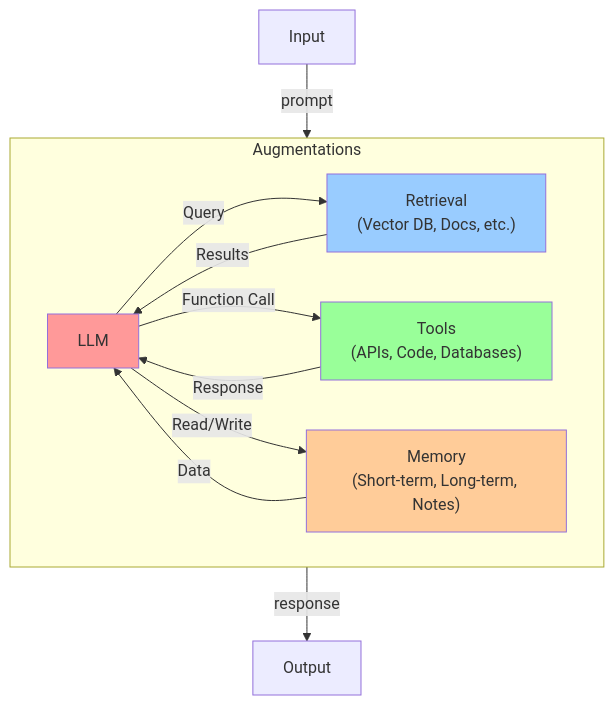
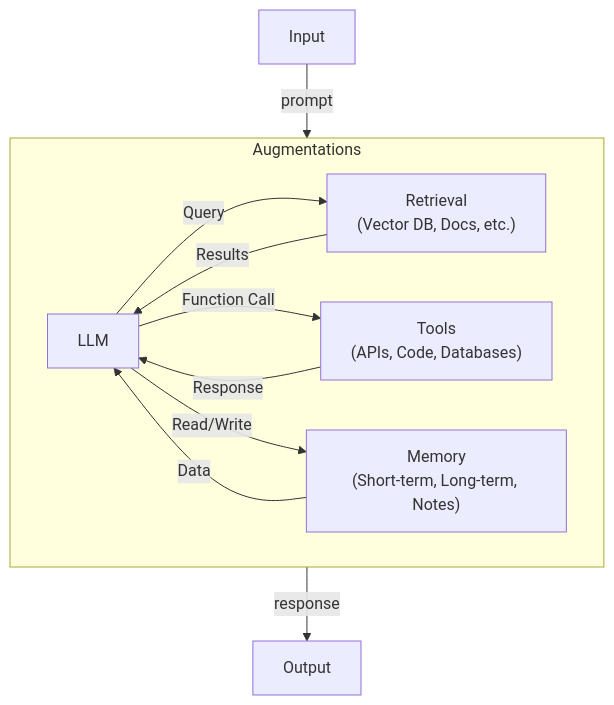
The second of 21 diagrams in building-effective-agents.md (machinedge/building-effective-agents), drawn with Mermaid before and after one commit. The commit also changed other lines of this file, not shown here.

Commit message:
removed fill colors in mermaid diagrams

````diff
--- a/building-effective-agents.md
+++ b/building-effective-agents.md
@@ -188,27 +182,22 @@
 ```mermaid
 graph
 direction TB
 	Input["Input"] -->|prompt| LLM["LLM"]
 	LLM -->|response| Output["Output"]
 	
 
 	subgraph Augmentations [Augmentations]
 	    direction LR
 	    Retrieval["Retrieval<br/>(Vector DB, Docs, etc.)"]
 	    Tools["Tools<br/>(APIs, Code, Databases)"]
 	    Memory["Memory<br/>(Short-term, Long-term, Notes)"]
     
 	    %% Internal Subgraph Connections
 	    Retrieval -->|Results| LLM
 	    LLM -->|Query| Retrieval
 	    LLM -->|Function Call| Tools
 	    Tools -->|Response| LLM
 	    LLM -->|Read/Write| Memory
 	    Memory -->|Data| LLM
 	end
-
-style LLM fill:#ff9999
-style Retrieval fill:#99ccff
-style Tools fill:#99ff99
-style Memory fill:#ffcc99
 ```
````
